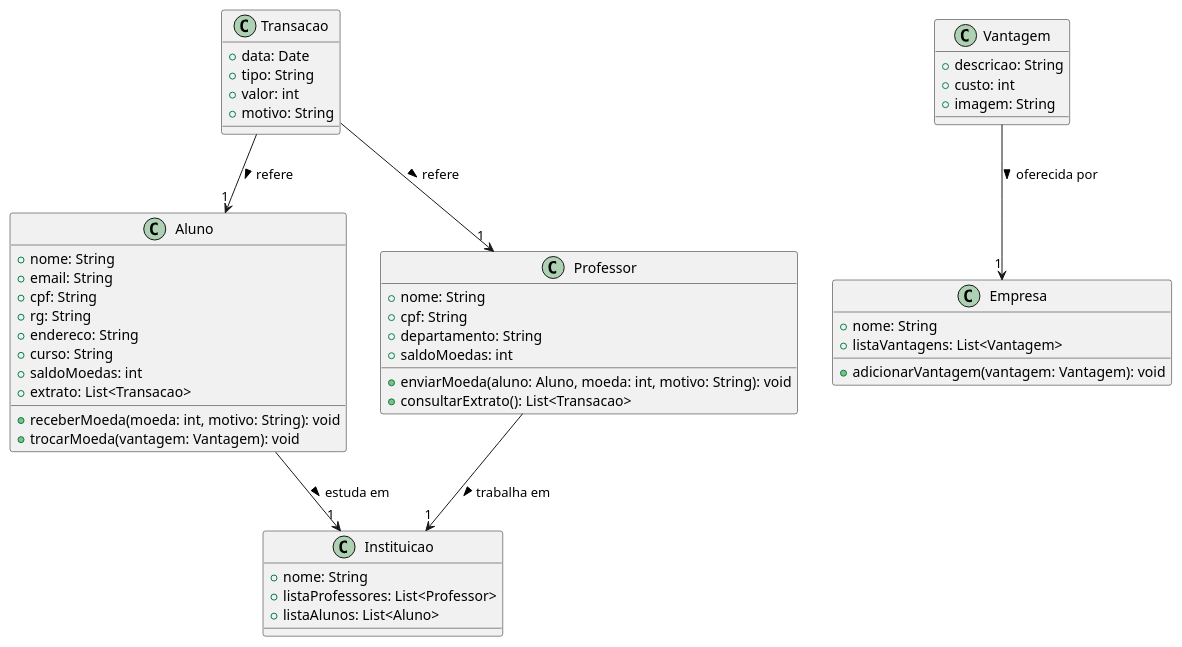
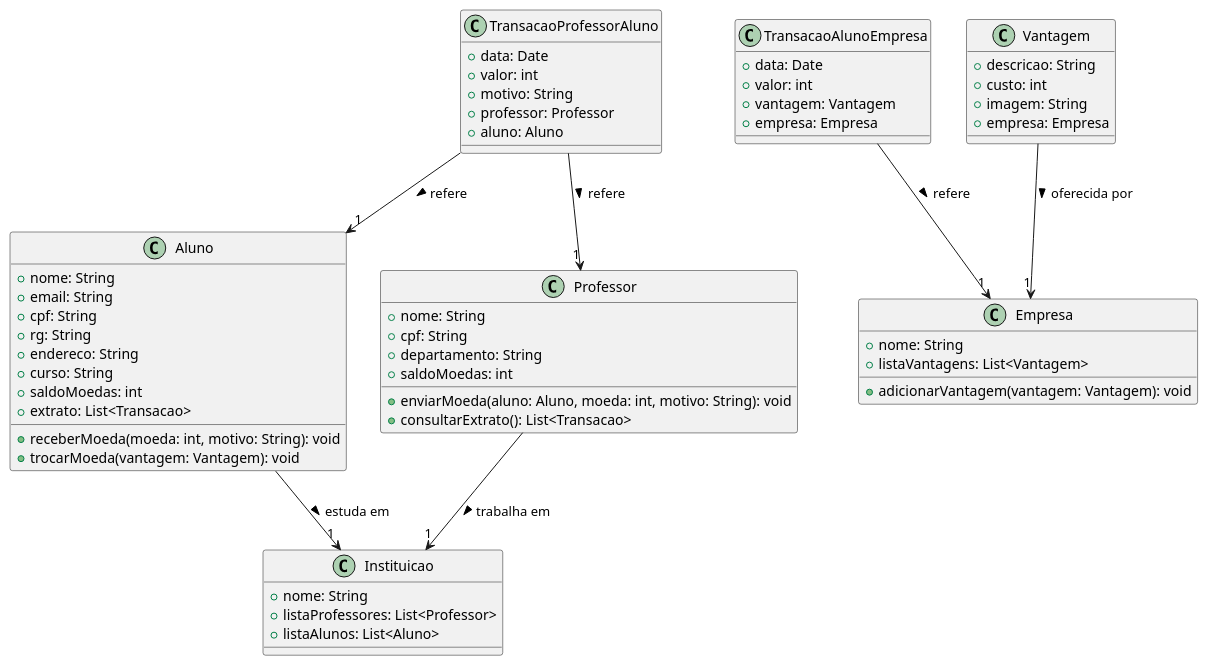
One commit to rubensm33/LabDevSoftware3 changed the diagram in Projeto/Diagrama de Classe.plantuml. Above: the diagram before and after it, drawn with PlantUML. The commit also changed 4 other files, not shown here.

Commit message:
correção e implementação novos diagramas #1 #2

```diff
--- a/Projeto/Diagrama de Classe.plantuml
+++ b/Projeto/Diagrama de Classe.plantuml
@@ -1,55 +1,65 @@
 @startuml
 class Aluno {
     +nome: String
     +email: String
     +cpf: String
     +rg: String
     +endereco: String
     +curso: String
     +saldoMoedas: int
     +extrato: List<Transacao>
     +receberMoeda(moeda: int, motivo: String): void
     +trocarMoeda(vantagem: Vantagem): void
 }
 
 class Professor {
     +nome: String
     +cpf: String
     +departamento: String
     +saldoMoedas: int
     +enviarMoeda(aluno: Aluno, moeda: int, motivo: String): void
     +consultarExtrato(): List<Transacao>
 }
 
 class Instituicao {
     +nome: String
     +listaProfessores: List<Professor>
     +listaAlunos: List<Aluno>
 }
 
-class Transacao {
+class TransacaoProfessorAluno {
     +data: Date
-    +tipo: String
     +valor: int
     +motivo: String
+    +professor: Professor
+    +aluno: Aluno
+}
+
+class TransacaoAlunoEmpresa {
+    +data: Date
+    +valor: int
+    +vantagem: Vantagem
+    +empresa: Empresa
 }
 
 class Vantagem {
     +descricao: String
     +custo: int
     +imagem: String
+    +empresa: Empresa
 }
 
 class Empresa {
     +nome: String
     +listaVantagens: List<Vantagem>
     +adicionarVantagem(vantagem: Vantagem): void
 }
 
 Aluno --> "1" Instituicao : estuda em >
 Professor --> "1" Instituicao : trabalha em >
-Transacao --> "1" Aluno : refere >
-Transacao --> "1" Professor : refere >
+TransacaoProfessorAluno --> "1" Aluno : refere >
+TransacaoProfessorAluno --> "1" Professor : refere >
+TransacaoAlunoEmpresa --> "1" Empresa : refere >
 Vantagem --> "1" Empresa : oferecida por >
 
 @enduml
```
